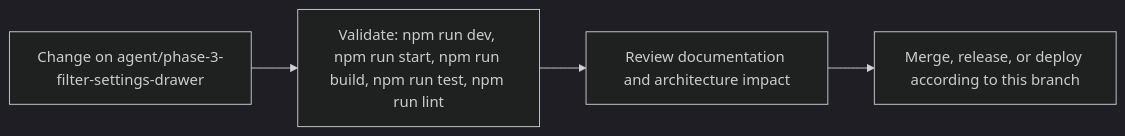
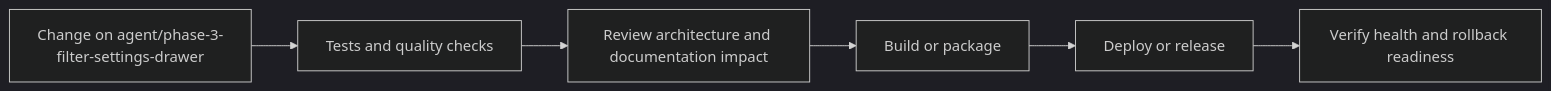
The sixth of 7 diagrams in README.md (Nischhalsubba/BindForge-NW), drawn with Mermaid (dark theme) before and after one commit. The commit also changed other lines of this file, not shown here.

````diff
--- a/README.md
+++ b/README.md
@@ -88,8 +198,8 @@
 ```mermaid
 flowchart LR
-    CHANGE["Change on agent/phase-3-filter-settings-drawer"]
-    CHECK["Validate: npm run dev, npm run start, npm run build, npm run test, npm run lint"]
-    REVIEW["Review documentation and architecture impact"]
-    RELEASE["Merge, release, or deploy according to this branch"]
-    CHANGE --> CHECK --> REVIEW --> RELEASE
+    CHANGE["Change on agent/phase-3-filter-settings-drawer"] --> CHECK["Tests and quality checks"]
+    CHECK --> REVIEW["Review architecture and documentation impact"]
+    REVIEW --> BUILD["Build or package"]
+    BUILD --> DEPLOY["Deploy or release"]
+    DEPLOY --> VERIFY["Verify health and rollback readiness"]
 ```
````
